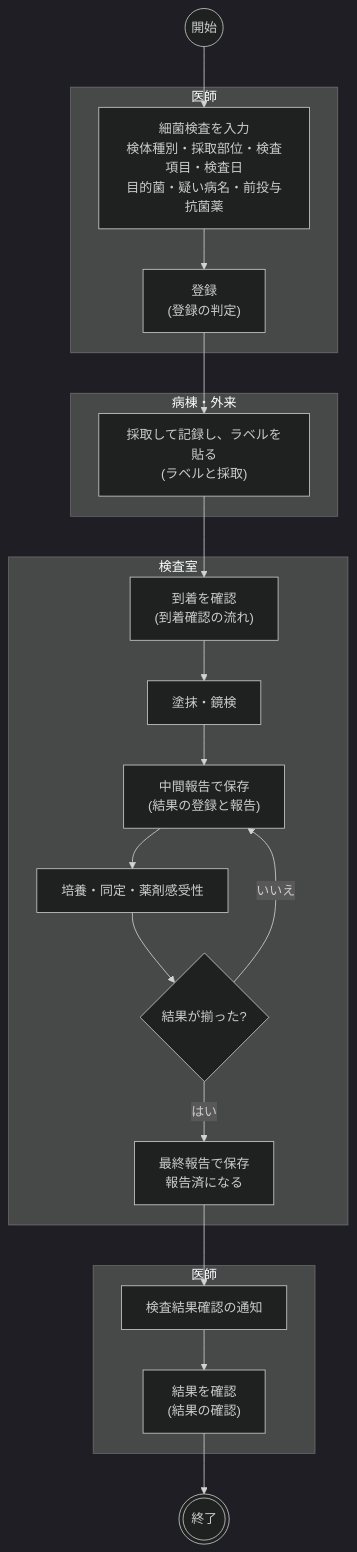
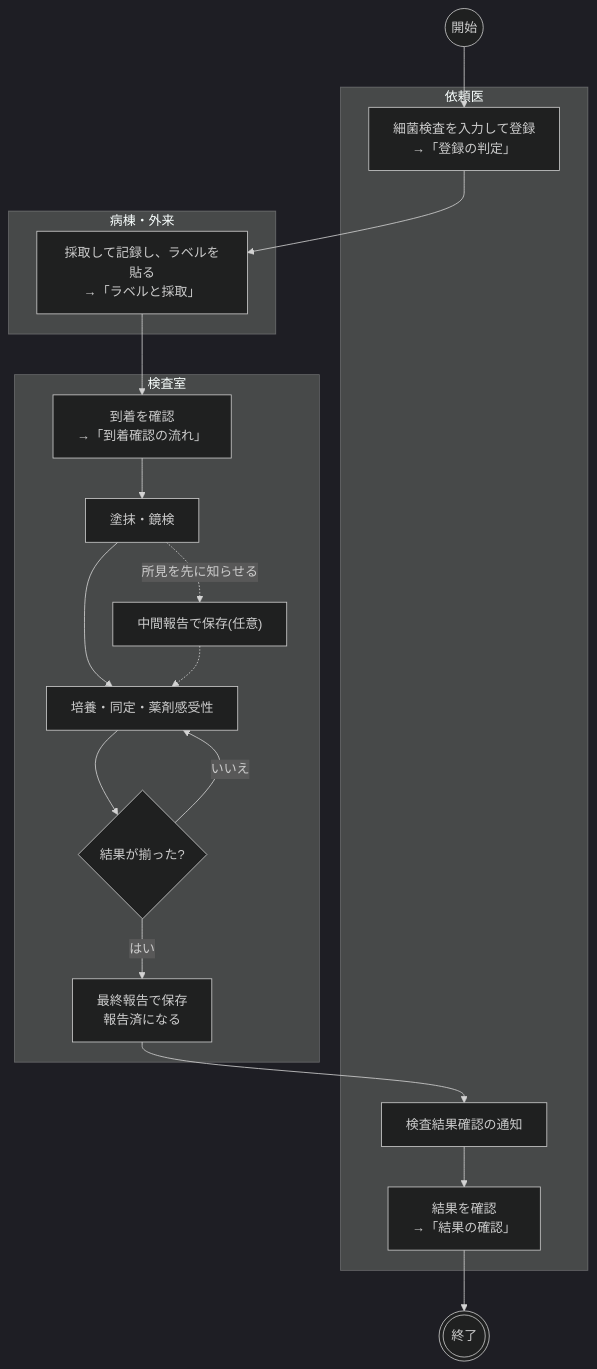
Before and after one commit to ysnr-dev/fhir-client-docs: the first of 6 diagrams in docs/flows/micro.md, drawn with Mermaid (dark theme). The commit also changed other lines of this file and 43 other files, not shown here.

Commit message:
docs: 業務フローとシーケンス図を写し直し

````diff
--- a/docs/flows/micro.md
+++ b/docs/flows/micro.md
@@ -44,32 +13,29 @@
 ```mermaid
 flowchart TD
   start(("開始"))
   finish((("終了")))
 
-  subgraph doctor["医師"]
-    input["細菌検査を入力<br/>検体種別・採取部位・検査項目・検査日<br/>目的菌・疑い病名・前投与抗菌薬"]
-    register["登録<br/>(登録の判定)"]
+  subgraph doctor["依頼医"]
+    input["細菌検査を入力して登録<br/>→「登録の判定」"]
+    notify["検査結果確認の通知"]
+    confirm["結果を確認<br/>→「結果の確認」"]
   end
 
   subgraph ward["病棟・外来"]
-    collect["採取して記録し、ラベルを貼る<br/>(ラベルと採取)"]
+    collect["採取して記録し、ラベルを貼る<br/>→「ラベルと採取」"]
   end
 
   subgraph lab["検査室"]
-    arrive["到着を確認<br/>(到着確認の流れ)"]
+    arrive["到着を確認<br/>→「到着確認の流れ」"]
     smear["塗抹・鏡検"]
-    interim["中間報告で保存<br/>(結果の登録と報告)"]
+    interim["中間報告で保存(任意)"]
     culture["培養・同定・薬剤感受性"]
-    done{"結果が揃った?"}
+    ready{"結果が揃った?"}
     finalReport["最終報告で保存<br/>報告済になる"]
   end
 
-  subgraph review["医師"]
-    notify["検査結果確認の通知"]
-    confirm["結果を確認<br/>(結果の確認)"]
-  end
-
-  start --> input --> register --> collect --> arrive --> smear --> interim --> culture --> done
-  done -- "いいえ" --> interim
-  done -- "はい" --> finalReport --> notify --> confirm --> finish
+  start --> input --> collect --> arrive --> smear --> culture --> ready
+  smear -. "所見を先に知らせる" .-> interim -.-> culture
+  ready -- "いいえ" --> culture
+  ready -- "はい" --> finalReport --> notify --> confirm --> finish
 ```
````
